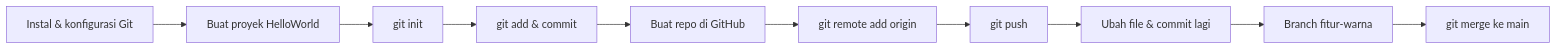
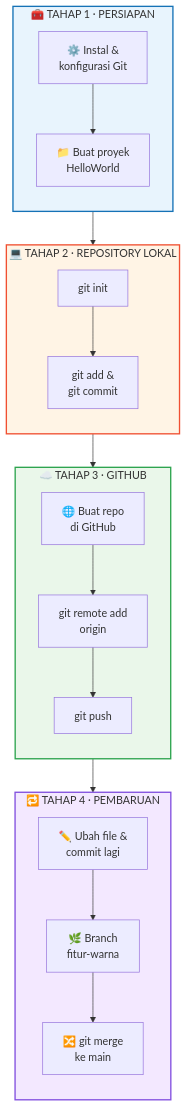
The diagram in README.md (Sahal111/HelloWorld), drawn with Mermaid before and after one commit. The commit also changed other lines of this file, not shown here.

````diff
--- a/README.md
+++ b/README.md
@@ -76,12 +76,31 @@
 ```mermaid
-flowchart LR
-    A[Instal & konfigurasi Git] --> B[Buat proyek HelloWorld]
-    B --> C[git init]
-    C --> D[git add & commit]
-    D --> E[Buat repo di GitHub]
-    E --> F[git remote add origin]
-    F --> G[git push]
-    G --> H[Ubah file & commit lagi]
-    H --> I[Branch fitur-warna]
-    I --> J[git merge ke main]
+flowchart TD
+    subgraph T1["🧰 TAHAP 1 · PERSIAPAN"]
+        direction TB
+        A["⚙️ Instal &<br/>konfigurasi Git"] --> B["📁 Buat proyek<br/>HelloWorld"]
+    end
+
+    subgraph T2["💻 TAHAP 2 · REPOSITORY LOKAL"]
+        direction TB
+        C["git init"] --> D["git add &<br/>git commit"]
+    end
+
+    subgraph T3["☁️ TAHAP 3 · GITHUB"]
+        direction TB
+        E["🌐 Buat repo<br/>di GitHub"] --> F["git remote add<br/>origin"] --> G["git push"]
+    end
+
+    subgraph T4["🔁 TAHAP 4 · PEMBARUAN"]
+        direction TB
+        H["✏️ Ubah file &<br/>commit lagi"] --> I["🌿 Branch<br/>fitur-warna"] --> J["🔀 git merge<br/>ke main"]
+    end
+
+    B --> C
+    D --> E
+    G --> H
+
+    style T1 fill:#e8f4fd,stroke:#1572B6,stroke-width:2px
+    style T2 fill:#fff4e5,stroke:#F05032,stroke-width:2px
+    style T3 fill:#eaf7ea,stroke:#2da44e,stroke-width:2px
+    style T4 fill:#f3e8ff,stroke:#8250df,stroke-width:2px
 ```
````
